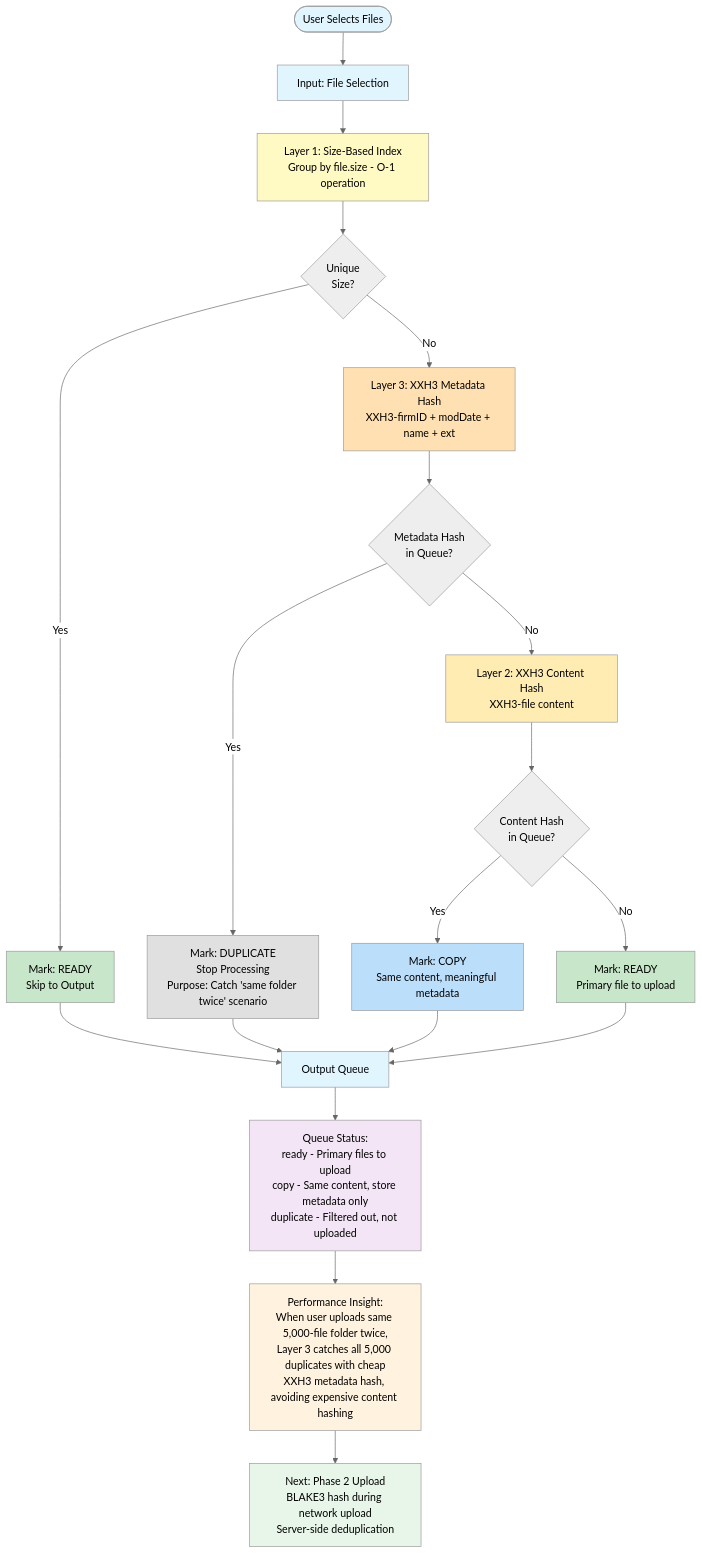
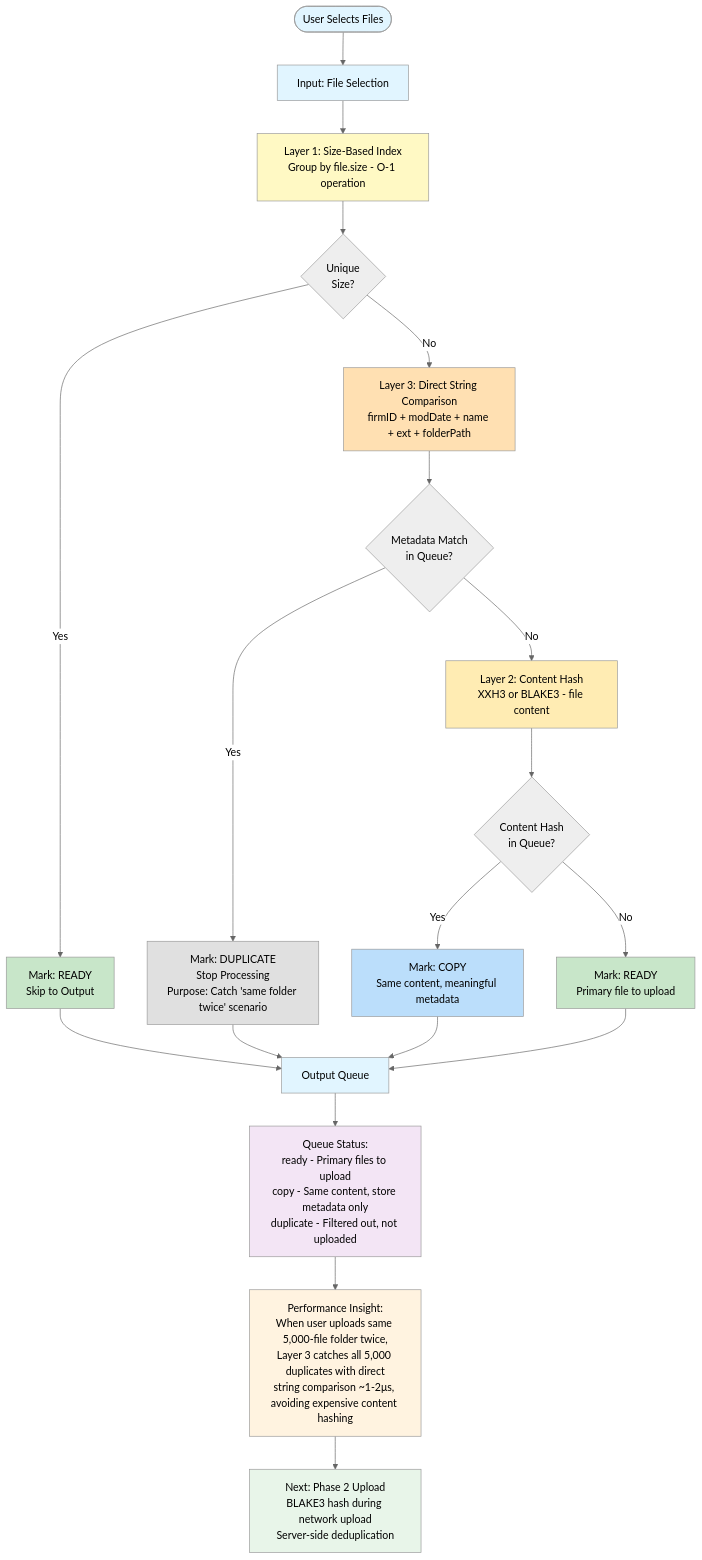
One commit to Mharbulous/Listbot.ca changed the diagram in planning/1. Ideas/2025-11-15-Phase1-Deduplication-Diagram.md. Above: the diagram before and after it, drawn with Mermaid (neutral theme). The commit also changed other lines of this file, not shown here.

First line of the commit message:
Update Phase 1 dedup diagram to use direct string comparison

````diff
--- a/planning/1. Ideas/2025-11-15-Phase1-Deduplication-Diagram.md
+++ b/planning/1. Ideas/2025-11-15-Phase1-Deduplication-Diagram.md
@@ -7,45 +7,45 @@
 ```mermaid
 flowchart TD
     Start([User Selects Files]) --> Input[Input: File Selection]
     Input --> Layer1[Layer 1: Size-Based Index<br/>Group by file.size - O-1 operation]
 
     Layer1 --> UniqueSize{Unique<br/>Size?}
 
     UniqueSize -->|Yes| MarkReady[Mark: READY<br/>Skip to Output]
-    UniqueSize -->|No| Layer3[Layer 3: XXH3 Metadata Hash<br/>XXH3-firmID + modDate + name + ext]
+    UniqueSize -->|No| Layer3[Layer 3: Direct String Comparison<br/>firmID + modDate + name + ext + folderPath]
 
-    Layer3 --> MetaExists{Metadata Hash<br/>in Queue?}
+    Layer3 --> MetaExists{Metadata Match<br/>in Queue?}
 
     MetaExists -->|Yes| MarkDuplicate[Mark: DUPLICATE<br/>Stop Processing<br/>Purpose: Catch 'same folder twice' scenario]
-    MetaExists -->|No| Layer2[Layer 2: XXH3 Content Hash<br/>XXH3-file content]
+    MetaExists -->|No| Layer2[Layer 2: Content Hash<br/>XXH3 or BLAKE3 - file content]
 
     Layer2 --> ContentExists{Content Hash<br/>in Queue?}
 
     ContentExists -->|Yes| MarkCopy[Mark: COPY<br/>Same content, meaningful metadata]
     ContentExists -->|No| MarkPrimary[Mark: READY<br/>Primary file to upload]
 
     MarkReady --> Output[Output Queue]
     MarkDuplicate --> Output
     MarkCopy --> Output
     MarkPrimary --> Output
 
     Output --> Summary[Queue Status:<br/>ready - Primary files to upload<br/>copy - Same content, store metadata only<br/>duplicate - Filtered out, not uploaded]
 
-    Summary --> Performance[Performance Insight:<br/>When user uploads same 5,000-file folder twice,<br/>Layer 3 catches all 5,000 duplicates with cheap<br/>XXH3 metadata hash, avoiding expensive content hashing]
+    Summary --> Performance[Performance Insight:<br/>When user uploads same 5,000-file folder twice,<br/>Layer 3 catches all 5,000 duplicates with direct<br/>string comparison ~1-2μs, avoiding expensive content hashing]
 
     Performance --> Phase2Note[Next: Phase 2 Upload<br/>BLAKE3 hash during network upload<br/>Server-side deduplication]
 
     style Start fill:#e1f5ff
     style Input fill:#e1f5ff
     style Layer1 fill:#fff9c4
     style Layer2 fill:#ffecb3
     style Layer3 fill:#ffe0b2
     style MarkReady fill:#c8e6c9
     style MarkPrimary fill:#c8e6c9
     style MarkCopy fill:#bbdefb
     style MarkDuplicate fill:#e0e0e0
     style Output fill:#e1f5ff
     style Summary fill:#f3e5f5
     style Performance fill:#fff3e0
     style Phase2Note fill:#e8f5e9
 ```
````
